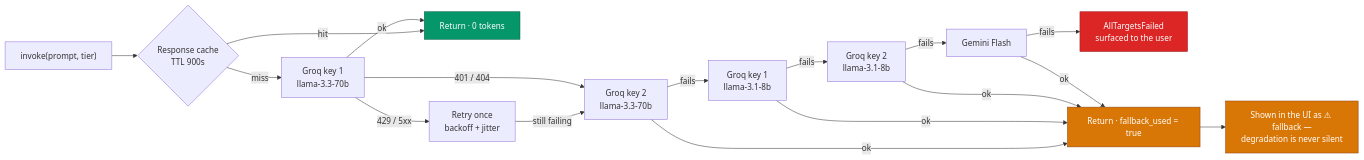
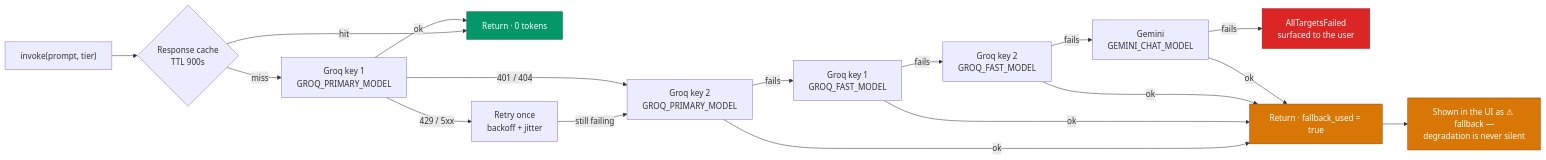
The third of 5 diagrams in ARCHITECTURE.md (lomash-choudhary/Final-Year-Project), drawn with Mermaid before and after one commit. The commit also changed 20 other files, not shown here.

````diff
--- a/ARCHITECTURE.md
+++ b/ARCHITECTURE.md
@@ -117,29 +117,29 @@
 ```mermaid
 flowchart LR
     REQ["invoke(prompt, tier)"] --> CACHE{"Response cache<br/>TTL 900s"}
     CACHE -->|hit| DONE["Return · 0 tokens"]
     CACHE -->|miss| T1
 
-    T1["Groq key 1<br/>llama-3.3-70b"] -->|429 / 5xx| T1R["Retry once<br/>backoff + jitter"]
+    T1["Groq key 1<br/>GROQ_PRIMARY_MODEL"] -->|429 / 5xx| T1R["Retry once<br/>backoff + jitter"]
     T1R -->|still failing| T2
-    T1 -->|401 / 404| T2["Groq key 2<br/>llama-3.3-70b"]
-    T2 -->|fails| T3["Groq key 1<br/>llama-3.1-8b"]
-    T3 -->|fails| T4["Groq key 2<br/>llama-3.1-8b"]
-    T4 -->|fails| T5["Gemini Flash"]
+    T1 -->|401 / 404| T2["Groq key 2<br/>GROQ_PRIMARY_MODEL"]
+    T2 -->|fails| T3["Groq key 1<br/>GROQ_FAST_MODEL"]
+    T3 -->|fails| T4["Groq key 2<br/>GROQ_FAST_MODEL"]
+    T4 -->|fails| T5["Gemini<br/>GEMINI_CHAT_MODEL"]
     T5 -->|fails| ERR["AllTargetsFailed<br/>surfaced to the user"]
 
     T1 -->|ok| DONE
     T2 -->|ok| DEG["Return · fallback_used = true"]
     T3 -->|ok| DEG
     T4 -->|ok| DEG
     T5 -->|ok| DEG
 
     DEG --> UI["Shown in the UI as ⚠︎ fallback —<br/>degradation is never silent"]
 
     classDef ok   fill:#059669,stroke:#065F46,color:#fff
     classDef warn fill:#D97706,stroke:#92400E,color:#fff
     classDef bad  fill:#DC2626,stroke:#991B1B,color:#fff
     class DONE ok
     class DEG,UI warn
     class ERR bad
 ```
````
